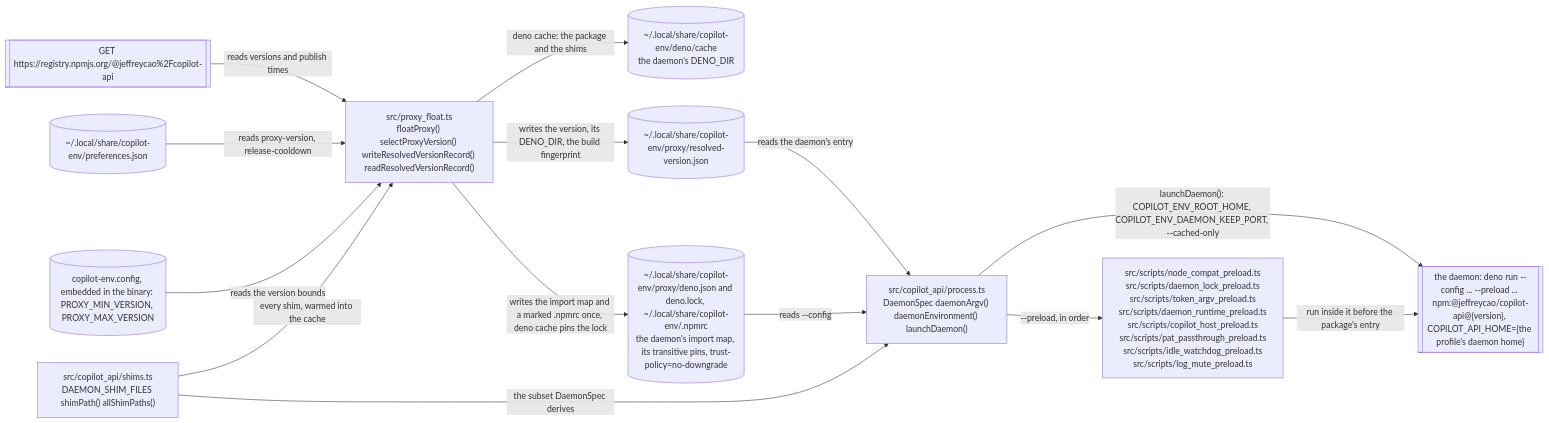
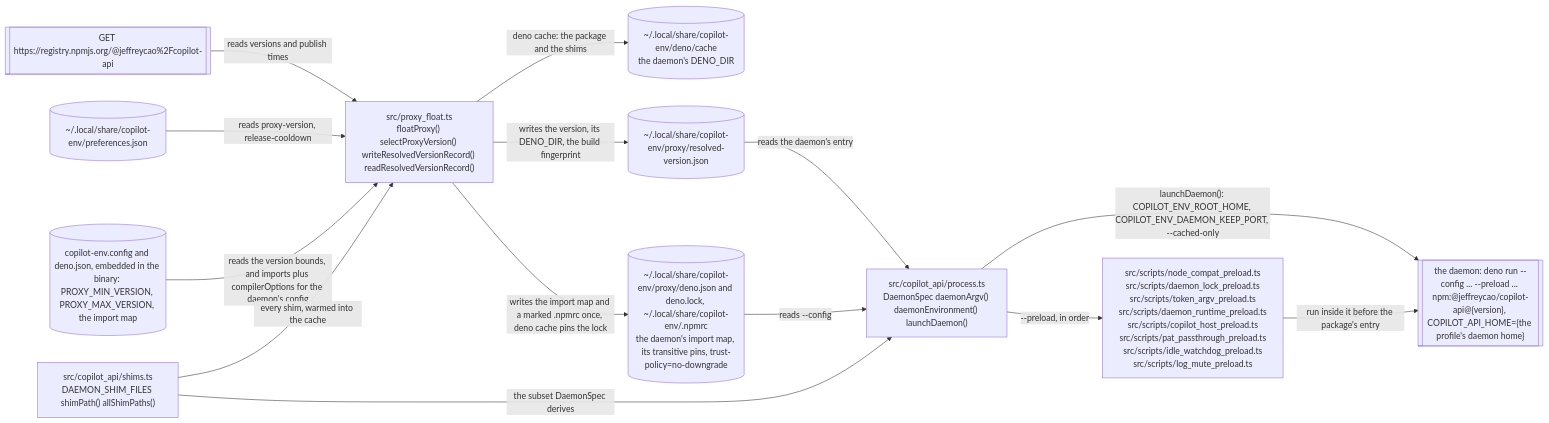
Before and after one commit to Vivswan/copilot-env: the fourth of 8 diagrams in docs/architecture.md, drawn with Mermaid. The commit also changed other lines of this file, not shown here.

````diff
--- a/docs/architecture.md
+++ b/docs/architecture.md
@@ -124,27 +124,27 @@
 ```mermaid
 flowchart LR
   registry[["GET https://registry.npmjs.org/@jeffreycao%2Fcopilot-api"]]
   prefs[("~/.local/share/copilot-env/preferences.json")]
   float["src/proxy_float.ts<br>floatProxy() selectProxyVersion() writeResolvedVersionRecord() readResolvedVersionRecord()"]
   shims["src/copilot_api/shims.ts<br>DAEMON_SHIM_FILES shimPath() allShimPaths()"]
   spawn["src/copilot_api/process.ts<br>DaemonSpec daemonArgv() daemonEnvironment() launchDaemon()"]
   preloads["src/scripts/node_compat_preload.ts<br>src/scripts/daemon_lock_preload.ts<br>src/scripts/token_argv_preload.ts<br>src/scripts/daemon_runtime_preload.ts<br>src/scripts/copilot_host_preload.ts<br>src/scripts/pat_passthrough_preload.ts<br>src/scripts/idle_watchdog_preload.ts<br>src/scripts/log_mute_preload.ts"]
   cache[("~/.local/share/copilot-env/deno/cache<br>the daemon's DENO_DIR")]
   record[("~/.local/share/copilot-env/proxy/resolved-version.json")]
-  pcfg[("copilot-env.config, embedded in the binary: PROXY_MIN_VERSION, PROXY_MAX_VERSION")]
+  pcfg[("copilot-env.config and deno.json, embedded in the binary: PROXY_MIN_VERSION, PROXY_MAX_VERSION, the import map")]
   dcfg[("~/.local/share/copilot-env/proxy/deno.json and deno.lock, ~/.local/share/copilot-env/.npmrc<br>the daemon's import map, its transitive pins, trust-policy=no-downgrade")]
   daemonproc[["the daemon: deno run --config ... --preload ... npm:@jeffreycao/copilot-api@{version}, COPILOT_API_HOME={the profile's daemon home}"]]
   registry -->|"reads versions and publish times"| float
   prefs -->|"reads proxy-version, release-cooldown"| float
-  pcfg -->|"reads the version bounds"| float
+  pcfg -->|"reads the version bounds, and imports plus compilerOptions for the daemon's config"| float
   shims -->|"every shim, warmed into the cache"| float
   float -->|"writes the import map and a marked .npmrc once, deno cache pins the lock"| dcfg
   float -->|"deno cache: the package and the shims"| cache
   float -->|"writes the version, its DENO_DIR, the build fingerprint"| record
   record -->|"reads the daemon's entry"| spawn
   dcfg -->|"reads --config"| spawn
   shims -->|"the subset DaemonSpec derives"| spawn
   spawn -->|"--preload, in order"| preloads
   spawn -->|"launchDaemon(): COPILOT_ENV_ROOT_HOME, COPILOT_ENV_DAEMON_KEEP_PORT, --cached-only"| daemonproc
   preloads -->|"run inside it before the package's entry"| daemonproc
 ```
````
